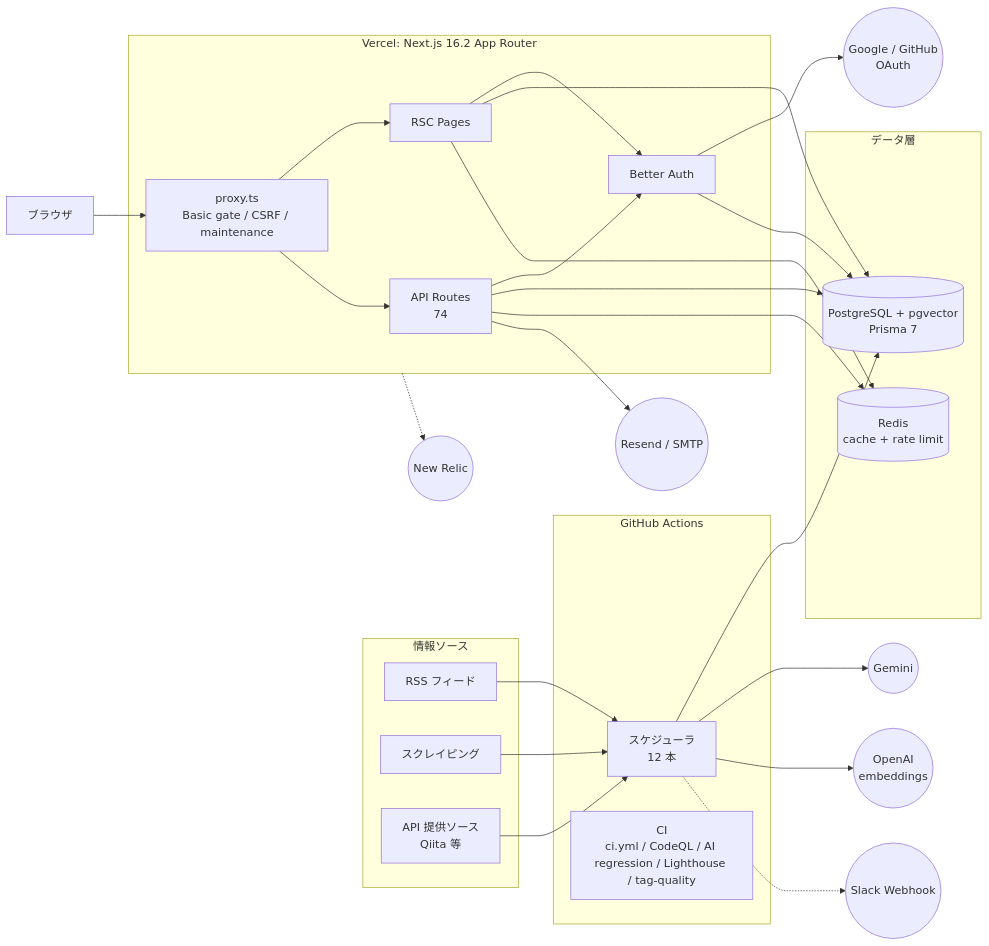
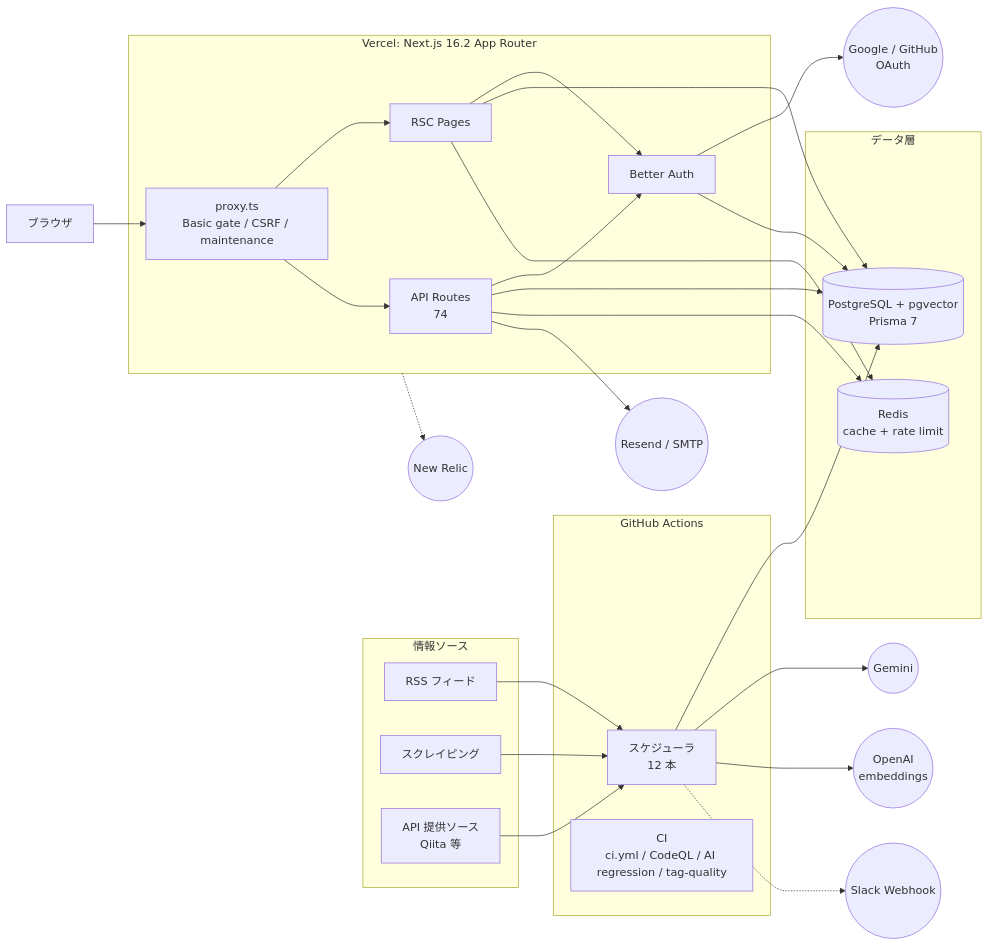
The first of 2 diagrams in docs/architecture/01-system-overview.md (pawafulu7/techtrend), drawn with Mermaid before and after one commit. The commit also changed other lines of this file and 4 other files, not shown here.

````diff
--- a/docs/architecture/01-system-overview.md
+++ b/docs/architecture/01-system-overview.md
@@ -9,56 +9,56 @@
 ```mermaid
 flowchart LR
     browser["ブラウザ"]
 
     subgraph src["情報ソース"]
         src_rss["RSS フィード"]
         src_scrape["スクレイピング"]
         src_api["API 提供ソース<br/>Qiita 等"]
     end
 
     subgraph gha["GitHub Actions"]
         gha_sched["スケジューラ<br/>12 本"]
-        gha_ci["CI<br/>ci.yml / CodeQL / AI regression / Lighthouse / tag-quality"]
+        gha_ci["CI<br/>ci.yml / CodeQL / AI regression / tag-quality"]
     end
 
     subgraph vercel["Vercel: Next.js 16.2 App Router"]
         proxy["proxy.ts<br/>Basic gate / CSRF / maintenance"]
         pages["RSC Pages"]
         api_routes["API Routes<br/>74"]
         better_auth["Better Auth"]
     end
 
     subgraph data["データ層"]
         pg[("PostgreSQL + pgvector<br/>Prisma 7")]
         redis[("Redis<br/>cache + rate limit")]
     end
 
     gemini(("Gemini"))
     openai(("OpenAI<br/>embeddings"))
     mail(("Resend / SMTP"))
     slack(("Slack Webhook"))
     oauth(("Google / GitHub<br/>OAuth"))
     newrelic(("New Relic"))
 
     src_rss --> gha_sched
     src_scrape --> gha_sched
     src_api --> gha_sched
     gha_sched --> pg
     gha_sched --> gemini
     gha_sched --> openai
     gha_sched -.-> slack
 
     browser --> proxy
     proxy --> pages
     proxy --> api_routes
     pages --> better_auth
     api_routes --> better_auth
     better_auth --> oauth
     better_auth --> pg
     pages --> pg
     pages --> redis
     api_routes --> pg
     api_routes --> redis
     api_routes --> mail
     vercel -.-> newrelic
 ```
````
